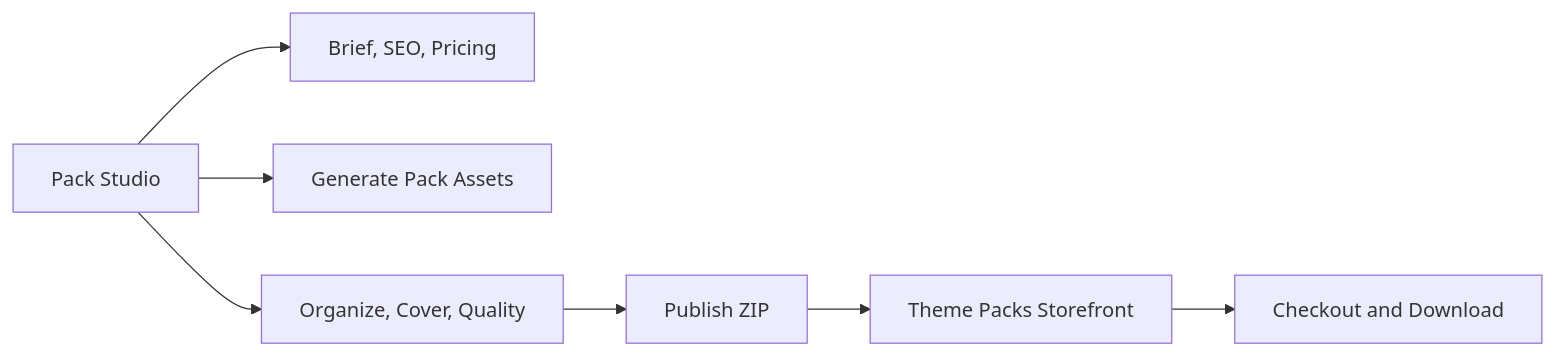
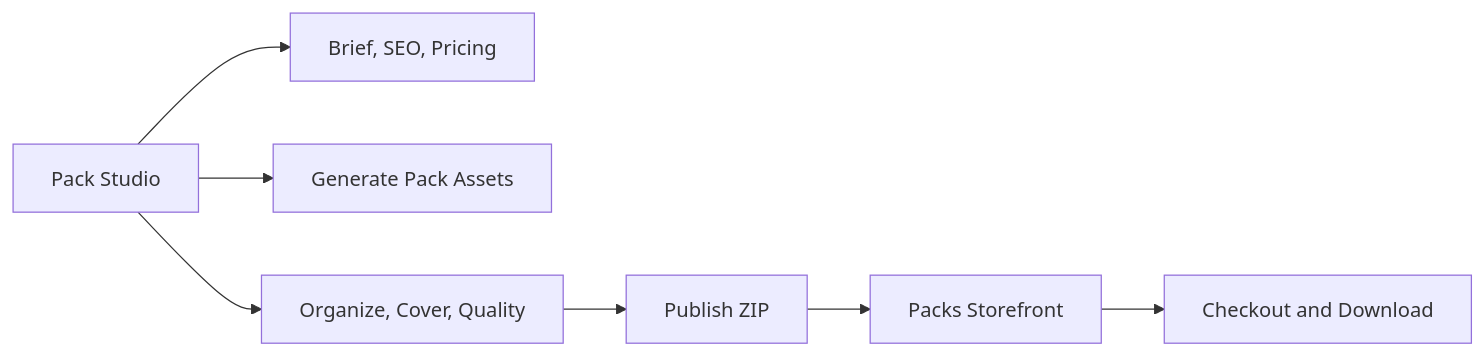
One commit to ZevUhuru/ClipArt changed the diagram in docs/features/PACK_STUDIO_V1.md. Above: the diagram before and after it, drawn with Mermaid. The commit also changed other lines of this file and 36 other files, not shown here.

First line of the commit message:
Add packs storefront and design bundles landing page

````diff
--- a/docs/features/PACK_STUDIO_V1.md
+++ b/docs/features/PACK_STUDIO_V1.md
@@ -13,9 +15,9 @@
 ```mermaid
 flowchart LR
   PackStudio["Pack Studio"] --> Brief["Brief, SEO, Pricing"]
   PackStudio --> Generate["Generate Pack Assets"]
   PackStudio --> Canvas["Organize, Cover, Quality"]
   Canvas --> Publish["Publish ZIP"]
-  Publish --> Storefront["Theme Packs Storefront"]
+  Publish --> Storefront["Packs Storefront"]
   Storefront --> Checkout["Checkout and Download"]
 ```
````
